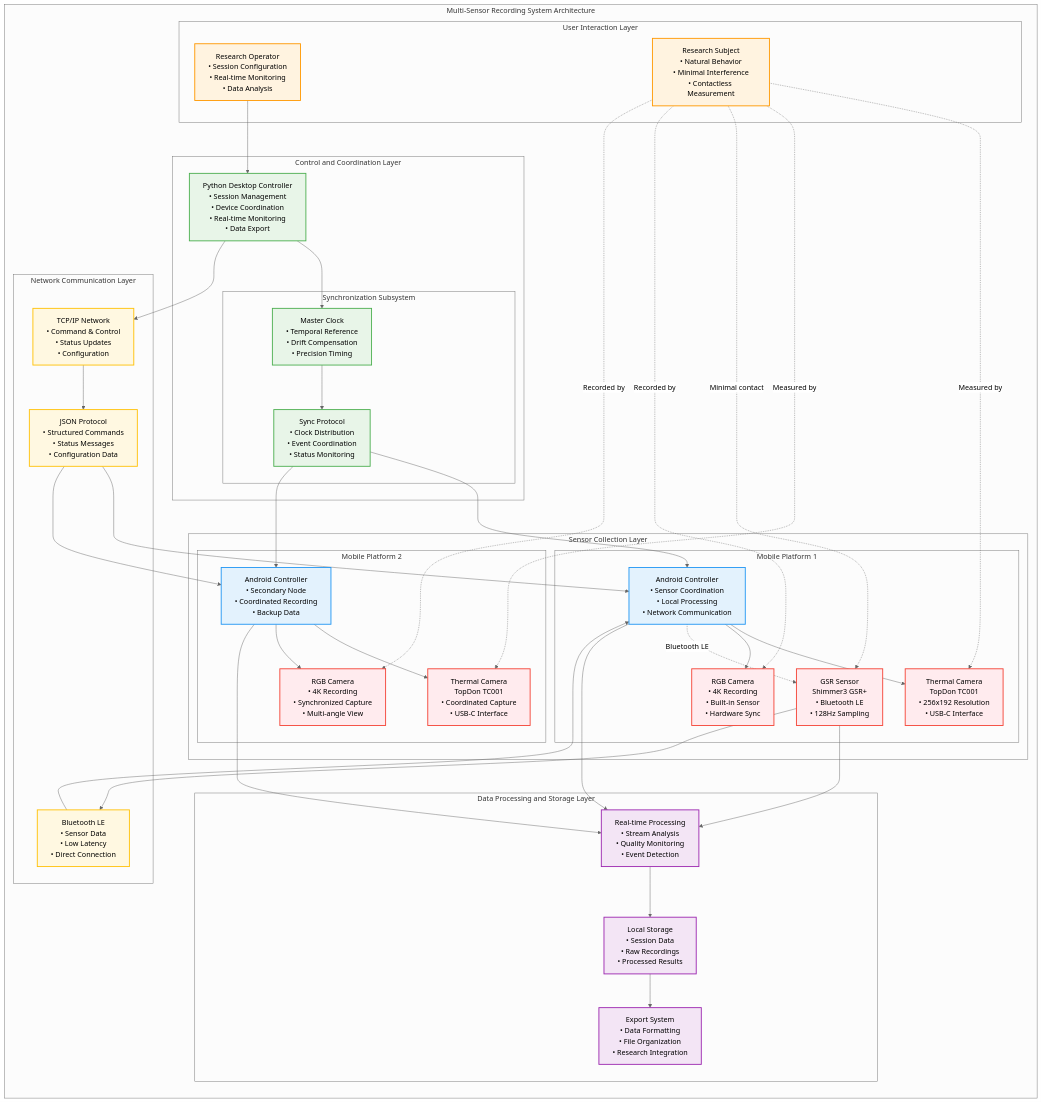
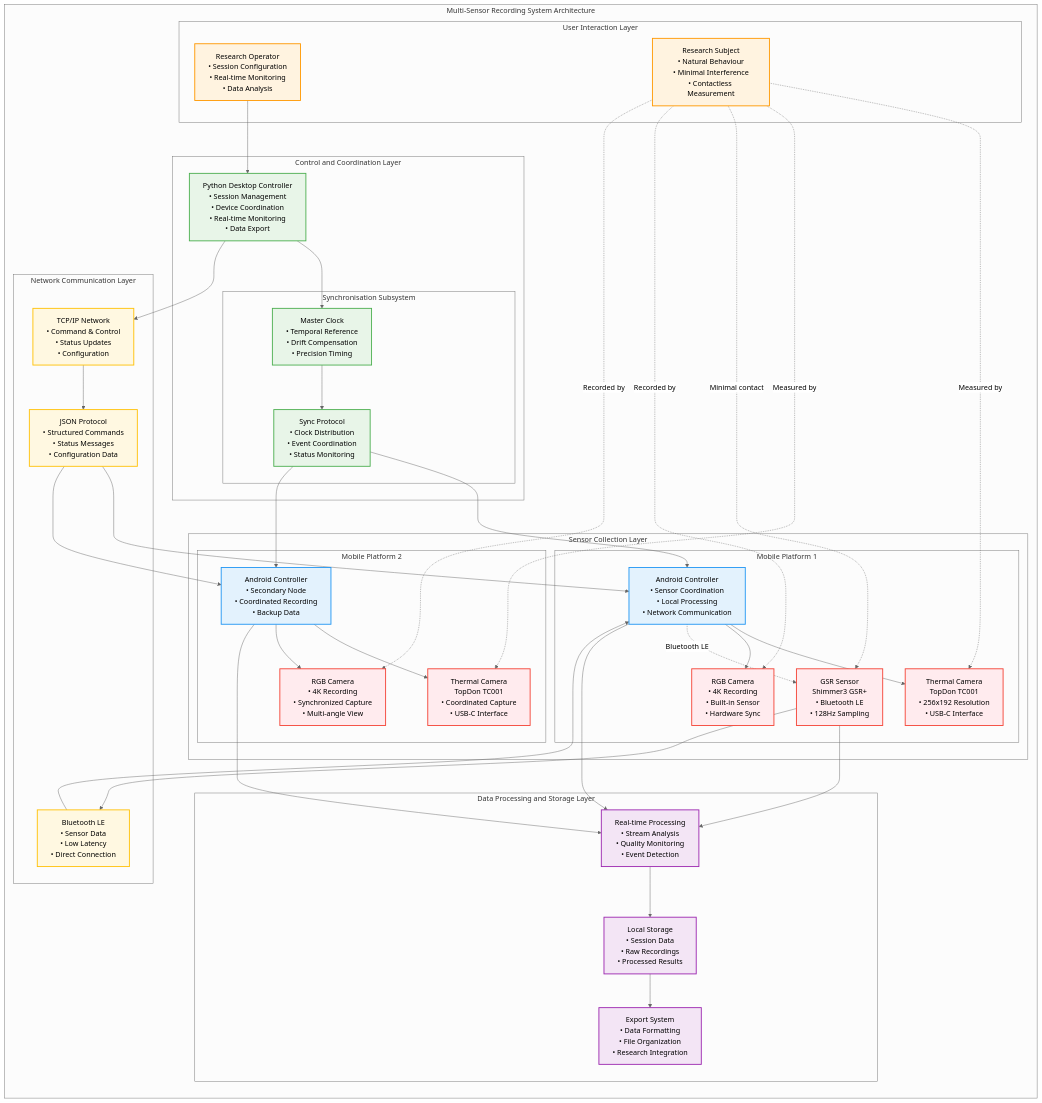
The sixth of 19 diagrams in docs/diagrams/missing_diagrams_generated.md (buccancs/fyp-multi-sensor-recording-system), drawn with Mermaid (neutral theme) before and after one commit. The commit also changed other lines of this file and 56 other files, not shown here.

```diff
--- a/docs/diagrams/missing_diagrams_generated.md
+++ b/docs/diagrams/missing_diagrams_generated.md
@@ -306,13 +306,13 @@
         
         subgraph USER_LAYER ["User Interaction Layer"]
             RESEARCHER["Research Operator<br/>• Session Configuration<br/>• Real-time Monitoring<br/>• Data Analysis"]
-            SUBJECT["Research Subject<br/>• Natural Behavior<br/>• Minimal Interference<br/>• Contactless Measurement"]
+            SUBJECT["Research Subject<br/>• Natural Behaviour<br/>• Minimal Interference<br/>• Contactless Measurement"]
         end
         
         subgraph CONTROL_LAYER ["Control and Coordination Layer"]
             DESKTOP_APP["Python Desktop Controller<br/>• Session Management<br/>• Device Coordination<br/>• Real-time Monitoring<br/>• Data Export"]
             
-            subgraph SYNC_SUBSYSTEM ["Synchronization Subsystem"]
+            subgraph SYNC_SUBSYSTEM ["Synchronisation Subsystem"]
                 MASTER_CLOCK["Master Clock<br/>• Temporal Reference<br/>• Drift Compensation<br/>• Precision Timing"]
                 SYNC_PROTOCOL["Sync Protocol<br/>• Clock Distribution<br/>• Event Coordination<br/>• Status Monitoring"]
             end
```
